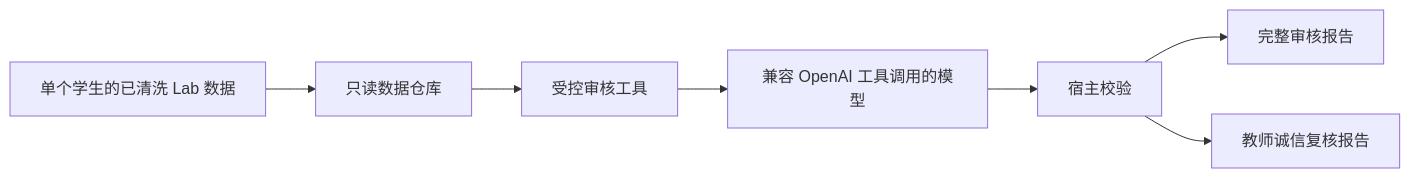
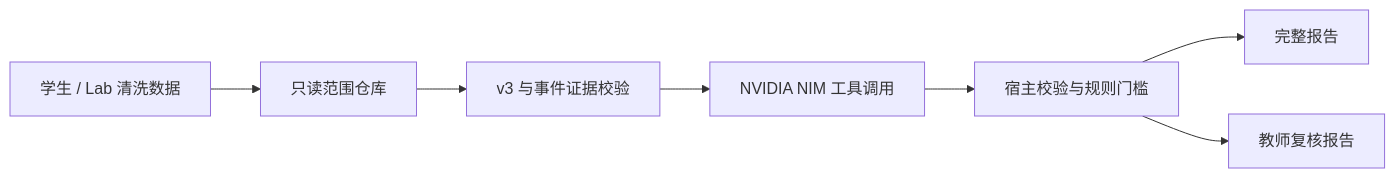
The diagram in 诚信判别系统/integrity_audit/背景信息报告.md (NeoA666/OS-Lab-Score), drawn with Mermaid before and after one commit. The commit also changed other lines of this file and 2118 other files, not shown here.

````diff
--- a/诚信判别系统/integrity_audit/背景信息报告.md
+++ b/诚信判别系统/integrity_audit/背景信息报告.md
@@ -49,9 +38,9 @@
 ```mermaid
 flowchart LR
-    A[单个学生的已清洗 Lab 数据] --> B[只读数据仓库]
-    B --> C[受控审核工具]
-    C --> D[兼容 OpenAI 工具调用的模型]
-    D --> E[宿主校验]
-    E --> F[完整审核报告]
-    E --> G[教师诚信复核报告]
+    A[学生 / Lab 清洗数据] --> B[只读范围仓库]
+    B --> C[v3 与事件证据校验]
+    C --> D[NVIDIA NIM 工具调用]
+    D --> E[宿主校验与规则门槛]
+    E --> F[完整报告]
+    E --> G[教师复核报告]
 ```
````
